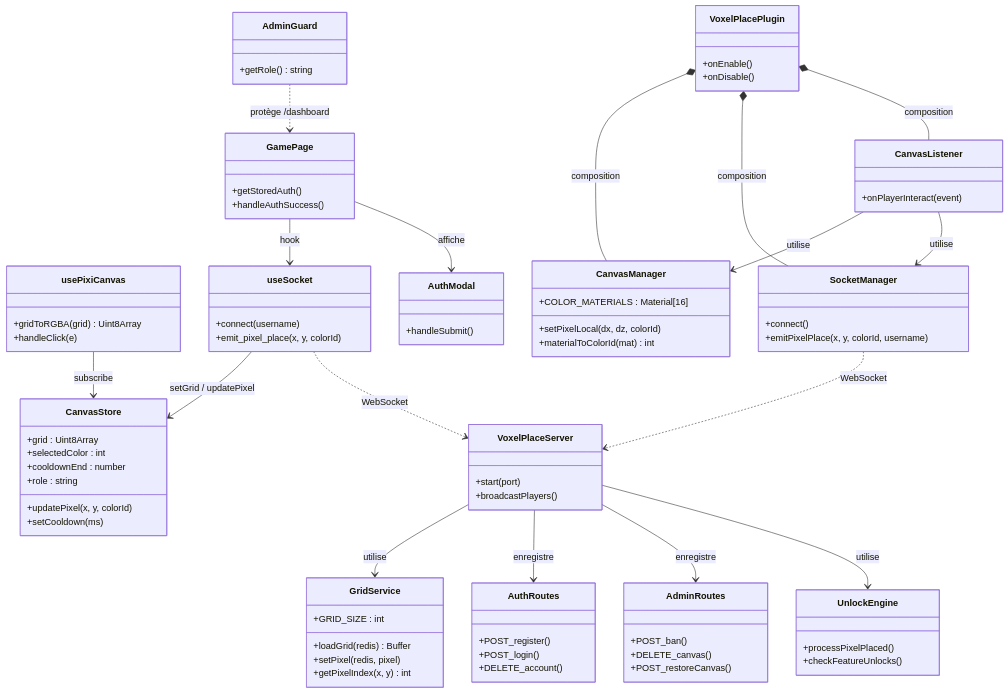
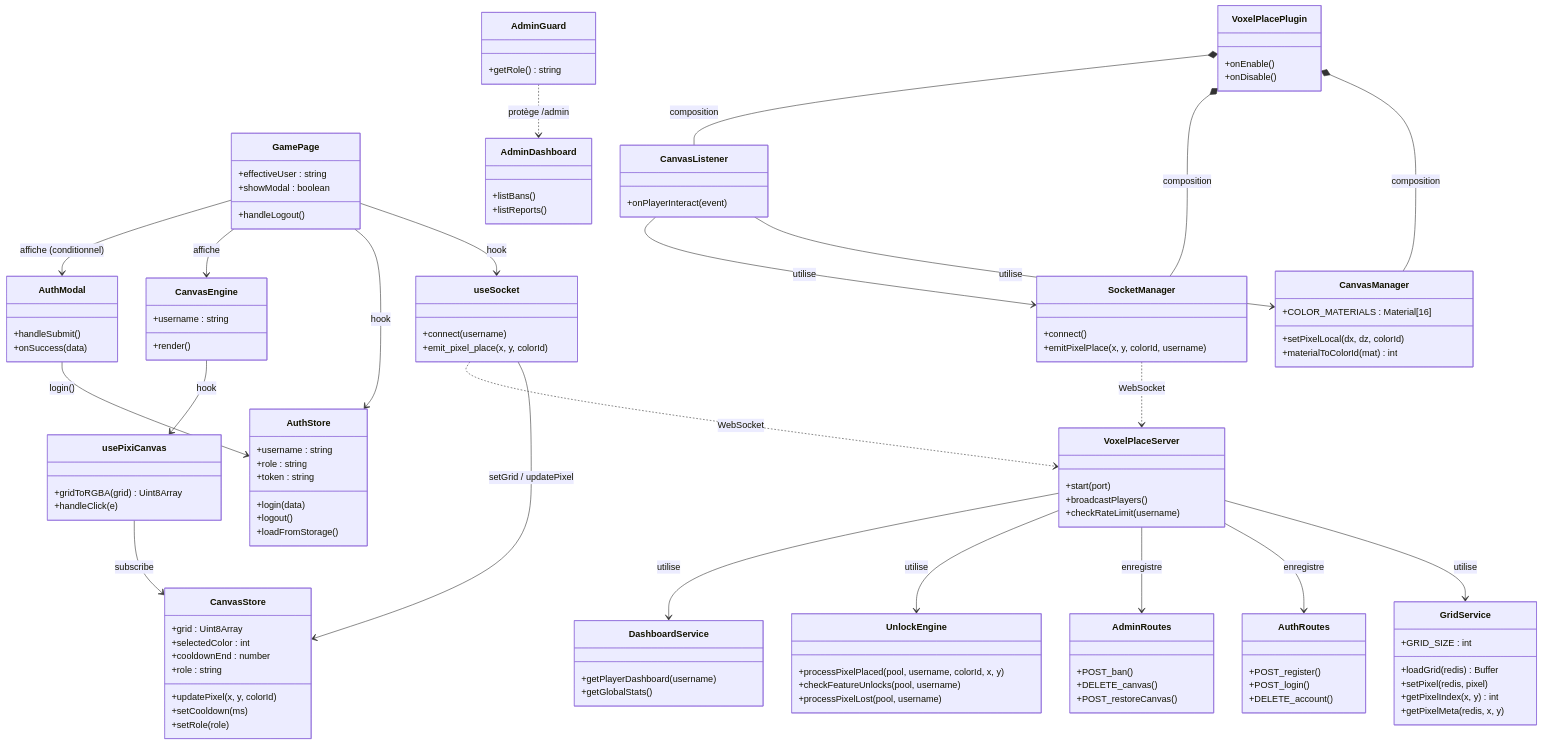
One commit to MaKSiiMe/VoxelPlace changed the diagram in docs/uml/class-diagram.md. Above: the diagram before and after it, drawn with Mermaid. The commit also changed 3 other files, not shown here.

Commit message:
feat(docs): mettre à jour le rapport Lighthouse et le diagramme de classes avec de nouvelles métriques et fonctionnalités

````diff
--- a/docs/uml/class-diagram.md
+++ b/docs/uml/class-diagram.md
@@ -8,6 +8,7 @@
     class VoxelPlaceServer {
         +start(port)
         +broadcastPlayers()
+        +checkRateLimit(username)
     }
 
     class GridService {
@@ -15,6 +16,7 @@
         +loadGrid(redis) Buffer
         +setPixel(redis, pixel)
         +getPixelIndex(x, y) int
+        +getPixelMeta(redis, x, y)
     }
 
     class AuthRoutes {
@@ -30,15 +32,22 @@
     }
 
     class UnlockEngine {
-        +processPixelPlaced()
-        +checkFeatureUnlocks()
+        +processPixelPlaced(pool, username, colorId, x, y)
+        +checkFeatureUnlocks(pool, username)
+        +processPixelLost(pool, username)
+    }
+
+    class DashboardService {
+        +getPlayerDashboard(username)
+        +getGlobalStats()
     }
 
     %% ── Frontend ─────────────────────────────────────────────────────────────
 
     class GamePage {
-        +getStoredAuth()
-        +handleAuthSuccess()
+        +effectiveUser : string
+        +showModal : boolean
+        +handleLogout()
     }
 
     class CanvasStore {
@@ -48,6 +57,21 @@
         +role : string
         +updatePixel(x, y, colorId)
         +setCooldown(ms)
+        +setRole(role)
+    }
+
+    class AuthStore {
+        +username : string
+        +role : string
+        +token : string
+        +login(data)
+        +logout()
+        +loadFromStorage()
+    }
+
+    class CanvasEngine {
+        +username : string
+        +render()
     }
 
     class usePixiCanvas {
@@ -62,10 +86,16 @@
 
     class AuthModal {
         +handleSubmit()
+        +onSuccess(data)
     }
 
     class AdminGuard {
         +getRole() string
+    }
+
+    class AdminDashboard {
+        +listBans()
+        +listReports()
     }
 
     %% ── Plugin Minecraft ─────────────────────────────────────────────────────
@@ -92,23 +122,28 @@
 
     %% ── Relations ────────────────────────────────────────────────────────────
 
-    VoxelPlaceServer --> GridService    : utilise
-    VoxelPlaceServer --> AuthRoutes     : enregistre
-    VoxelPlaceServer --> AdminRoutes    : enregistre
-    VoxelPlaceServer --> UnlockEngine   : utilise
+    VoxelPlaceServer --> GridService      : utilise
+    VoxelPlaceServer --> AuthRoutes       : enregistre
+    VoxelPlaceServer --> AdminRoutes      : enregistre
+    VoxelPlaceServer --> UnlockEngine     : utilise
+    VoxelPlaceServer --> DashboardService : utilise
 
-    GamePage        --> useSocket       : hook
-    GamePage        --> AuthModal       : affiche
-    useSocket       --> CanvasStore     : setGrid / updatePixel
-    usePixiCanvas   --> CanvasStore     : subscribe
-    AdminGuard      ..> GamePage        : protège /dashboard
+    GamePage        --> useSocket         : hook
+    GamePage        --> AuthStore         : hook
+    GamePage        --> CanvasEngine      : affiche
+    GamePage        --> AuthModal         : affiche (conditionnel)
+    CanvasEngine    --> usePixiCanvas     : hook
+    useSocket       --> CanvasStore       : setGrid / updatePixel
+    usePixiCanvas   --> CanvasStore       : subscribe
+    AuthModal       --> AuthStore         : login()
+    AdminGuard      ..> AdminDashboard    : protège /admin
 
-    VoxelPlacePlugin *-- CanvasManager  : composition
-    VoxelPlacePlugin *-- SocketManager  : composition
-    VoxelPlacePlugin *-- CanvasListener : composition
-    CanvasListener   --> CanvasManager  : utilise
-    CanvasListener   --> SocketManager  : utilise
+    VoxelPlacePlugin *-- CanvasManager   : composition
+    VoxelPlacePlugin *-- SocketManager   : composition
+    VoxelPlacePlugin *-- CanvasListener  : composition
+    CanvasListener   --> CanvasManager   : utilise
+    CanvasListener   --> SocketManager   : utilise
 
-    SocketManager  ..> VoxelPlaceServer : WebSocket
-    useSocket      ..> VoxelPlaceServer : WebSocket
+    SocketManager  ..> VoxelPlaceServer  : WebSocket
+    useSocket      ..> VoxelPlaceServer  : WebSocket
 ```
````
